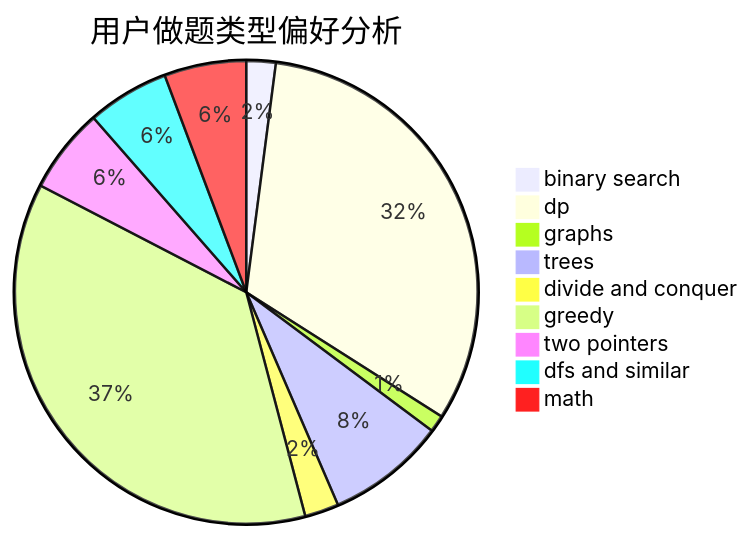
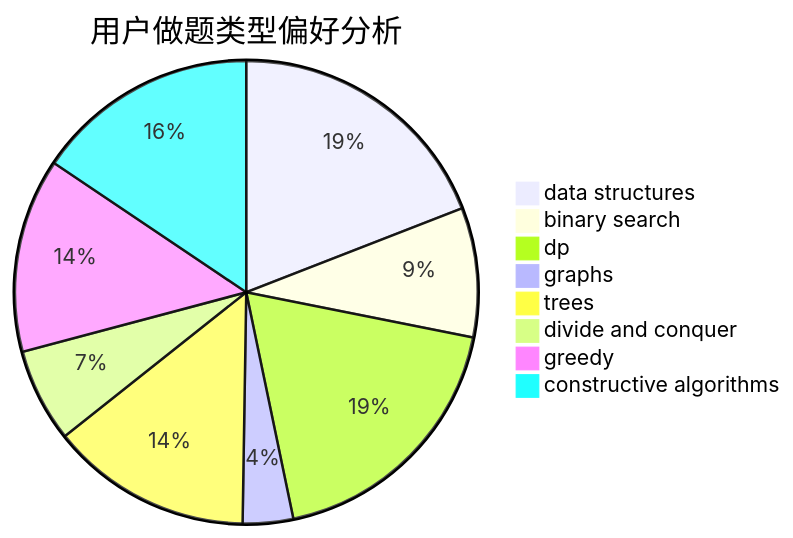
Before and after one commit to sherpahu/cfrs.github.io: the second of 3 diagrams in docs/user/u2333.md, drawn with Mermaid. The commit also changed other lines of this file and 2775 other files, not shown here.

````diff
--- a/docs/user/u2333.md
+++ b/docs/user/u2333.md
@@ -23,12 +23,11 @@
 ```mermaid
 pie title 用户做题类型偏好分析
-    "binary search" :  19
-    "dp" :  296
-    "graphs" :  11
-    "trees" :  77
-    "divide and conquer" :  22
-    "greedy" :  340
-    "two pointers" :  55
-    "dfs and similar" :  53
-    "math" :  53
+    "data structures" :  38
+    "binary search" :  18
+    "dp" :  37
+    "graphs" :  7
+    "trees" :  28
+    "divide and conquer" :  13
+    "greedy" :  27
+    "constructive algorithms" :  31
 ```
````
